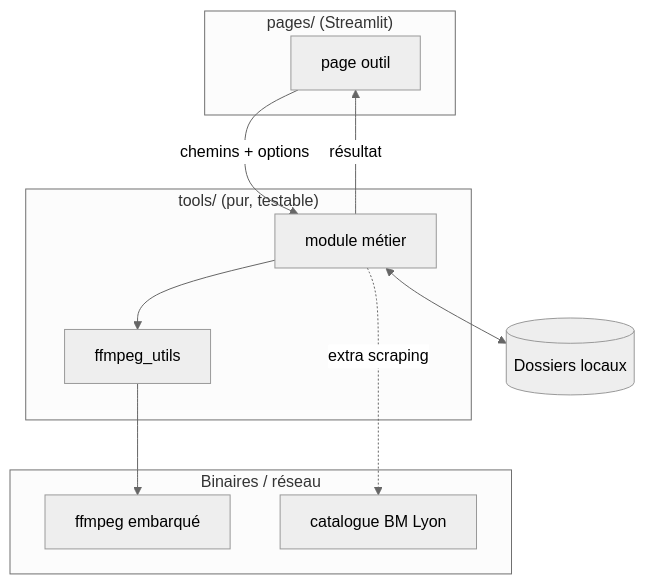
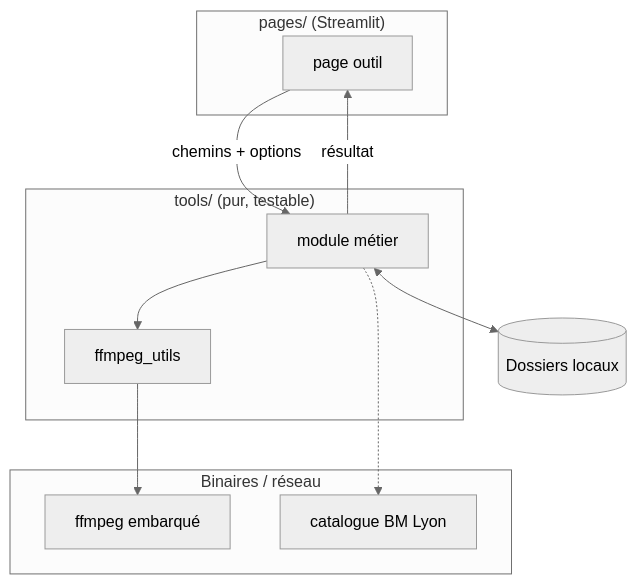
Before and after one commit to floSa/outils_maison: the diagram in docs/ARCHITECTURE.md, drawn with Mermaid (neutral theme). The commit also changed other lines of this file and 7 other files, not shown here.

````diff
--- a/docs/ARCHITECTURE.md
+++ b/docs/ARCHITECTURE.md
@@ -78,20 +78,20 @@
 ```mermaid
 flowchart TD
   subgraph UI["pages/ (Streamlit)"]
     p["page outil"]
   end
   subgraph Logique["tools/ (pur, testable)"]
     t["module métier"]
     ff["ffmpeg_utils"]
   end
   subgraph Externe["Binaires / réseau"]
     ffmpeg["ffmpeg embarqué"]
     bm["catalogue BM Lyon"]
   end
   fs[("Dossiers locaux")]
   p -->|chemins + options| t
   t --> ff --> ffmpeg
   t <--> fs
-  t -.->|extra scraping| bm
+  t -.-> bm
   t -->|résultat| p
 ```
````
